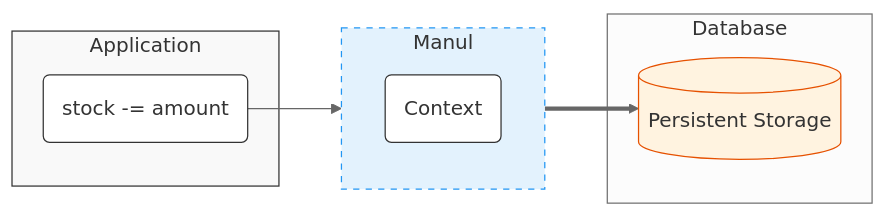
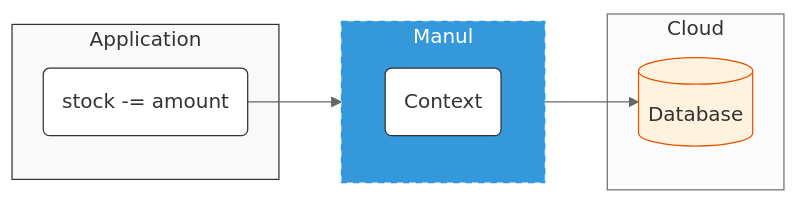
Before and after one commit to wizardleeen/manul-slides: the second of 4 diagrams in slides.md, drawn with Mermaid (neutral theme). The commit also changed other lines of this file, not shown here.

Commit message:
chore: optimize diagrams

````diff
--- a/slides.md
+++ b/slides.md
@@ -227,29 +227,29 @@
 ```mermaid
 graph LR
     %% Define Nodes
     subgraph App [Application]
         Op("stock -= amount")
     end
 
-    subgraph Runtime [Manul]
+    subgraph Manul [Manul]
         direction TB
         Context(Context)
     end
 
-    subgraph Infra [Database]
-        DB[(Persistent Storage)]
+    subgraph Infra [Cloud]
+        DB[(Database)]
     end
 
     %% Define Edges
     Op --> Context
-    Context ==> DB
+    Context --> DB
 
     %% Styling
     style App fill:#f9f9f9,stroke:#333,color:#333
-    style Runtime fill:#e3f2fd,stroke:#2196f3,stroke-dasharray: 5 5,color:#333
+    style Manul fill:#3498db,stroke:#2196f3,stroke-dasharray: 5 5,color:#fff
     style DB fill:#fff3e0,stroke:#e65100,color:#333
     
     %% Explicitly style internal nodes to ensure visibility if they inherit default white text in dark mode
     style Op fill:#fff,stroke:#333,color:#333
     style Context fill:#fff,stroke:#333,color:#333
 ```
````
